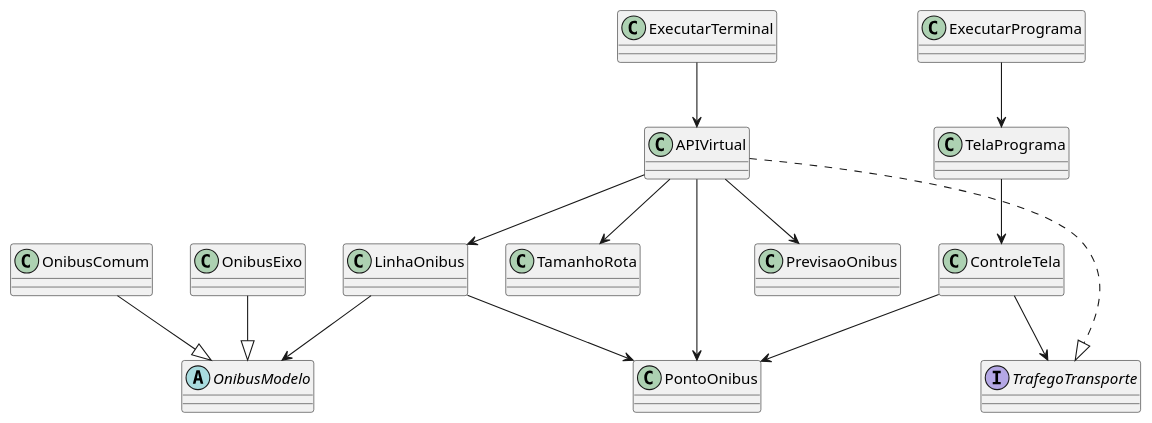
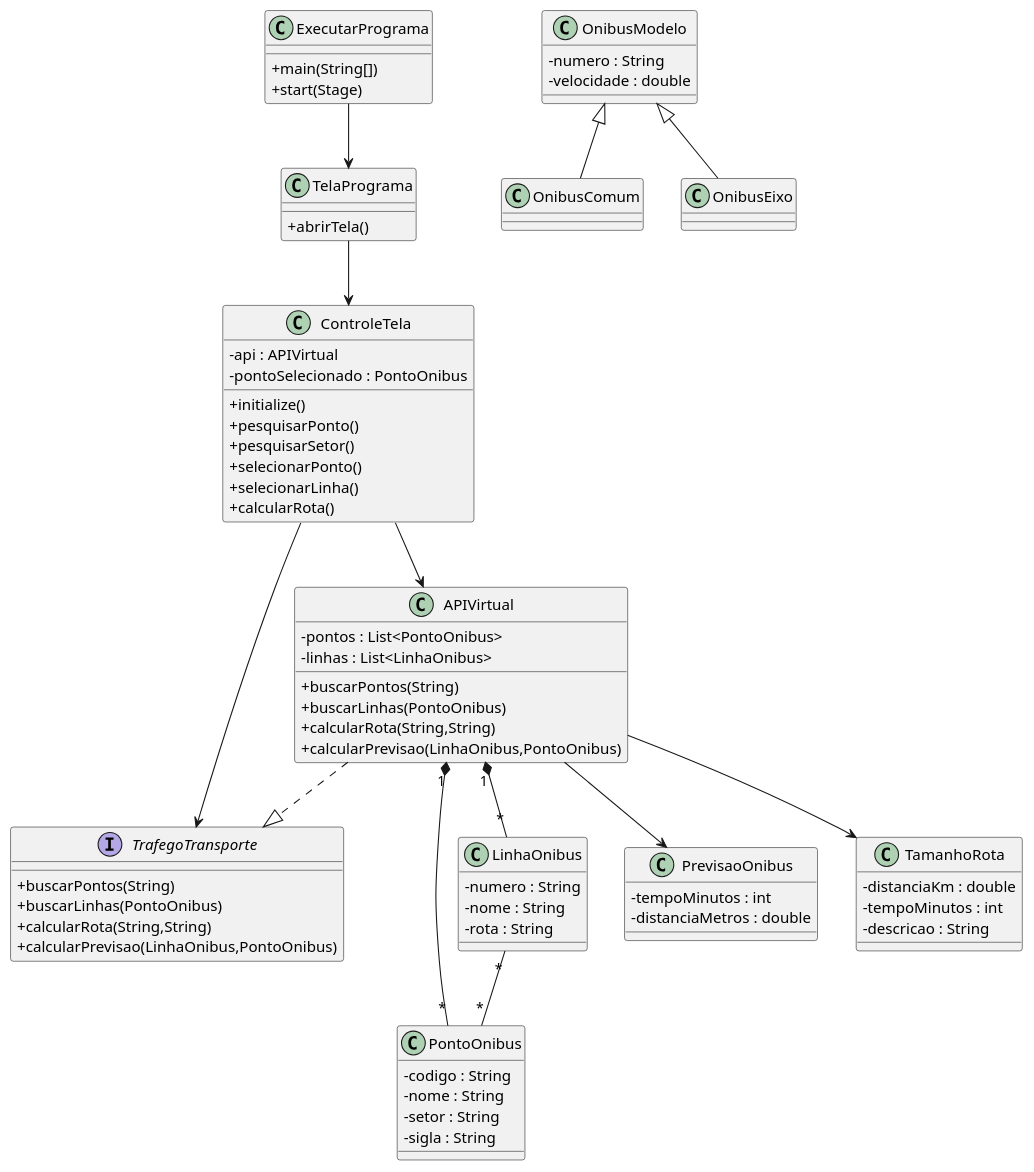
One commit to poo-ec-2026-1/g6 changed the first of 6 diagrams in AppBus Acessível - Protótipo do Projeto/Documentação/UML-&-Testes-AppBus-Acessível.md. Above: the diagram before and after it, drawn with PlantUML. The commit also changed other lines of this file, not shown here.

Commit message:
UML & Testes - Protótipo

````diff
--- a/AppBus Acessível - Protótipo do Projeto/Documentação/UML-&-Testes-AppBus-Acessível.md
+++ b/AppBus Acessível - Protótipo do Projeto/Documentação/UML-&-Testes-AppBus-Acessível.md
@@ -5,42 +5,97 @@
 ```plantuml
 @startuml
 
-interface TrafegoTransporte
+skinparam classAttributeIconSize 0
 
-class APIVirtual
-class ControleTela
-class TelaPrograma
-class ExecutarPrograma
-class ExecutarTerminal
+interface TrafegoTransporte {
+    +buscarPontos(String)
+    +buscarLinhas(PontoOnibus)
+    +calcularRota(String,String)
+    +calcularPrevisao(LinhaOnibus,PontoOnibus)
+}
 
-abstract class OnibusModelo
+class ExecutarPrograma {
+    +main(String[])
+    +start(Stage)
+}
+
+class TelaPrograma {
+    +abrirTela()
+}
+
+class ControleTela {
+    -api : APIVirtual
+    -pontoSelecionado : PontoOnibus
+
+    +initialize()
+    +pesquisarPonto()
+    +pesquisarSetor()
+    +selecionarPonto()
+    +selecionarLinha()
+    +calcularRota()
+}
+
+class APIVirtual {
+    -pontos : List<PontoOnibus>
+    -linhas : List<LinhaOnibus>
+
+    +buscarPontos(String)
+    +buscarLinhas(PontoOnibus)
+    +calcularRota(String,String)
+    +calcularPrevisao(LinhaOnibus,PontoOnibus)
+}
+
+class PontoOnibus {
+    -codigo : String
+    -nome : String
+    -setor : String
+    -sigla : String
+}
+
+class LinhaOnibus {
+    -numero : String
+    -nome : String
+    -rota : String
+}
+
+class PrevisaoOnibus {
+    -tempoMinutos : int
+    -distanciaMetros : double
+}
+
+class TamanhoRota {
+    -distanciaKm : double
+    -tempoMinutos : int
+    -descricao : String
+}
+
+class OnibusModelo {
+    -numero : String
+    -velocidade : double
+}
+
 class OnibusComum
+
 class OnibusEixo
 
-class LinhaOnibus
-class PontoOnibus
-class PrevisaoOnibus
-class TamanhoRota
+ExecutarPrograma --> TelaPrograma
+TelaPrograma --> ControleTela
 
+ControleTela --> TrafegoTransporte
 APIVirtual ..|> TrafegoTransporte
 
-ControleTela --> TrafegoTransporte
-ControleTela --> PontoOnibus
+ControleTela --> APIVirtual
 
-APIVirtual --> LinhaOnibus
-APIVirtual --> PontoOnibus
+APIVirtual "1" *-- "*" PontoOnibus
+APIVirtual "1" *-- "*" LinhaOnibus
+
 APIVirtual --> PrevisaoOnibus
 APIVirtual --> TamanhoRota
 
-LinhaOnibus --> PontoOnibus
-LinhaOnibus --> OnibusModelo
+OnibusModelo <|-- OnibusComum
+OnibusModelo <|-- OnibusEixo
 
-OnibusComum --|> OnibusModelo
-OnibusEixo --|> OnibusModelo
-
-ExecutarPrograma --> TelaPrograma
-ExecutarTerminal --> APIVirtual
-TelaPrograma --> ControleTela
+LinhaOnibus "*" -- "*" PontoOnibus
 
 @enduml
 ```
````
